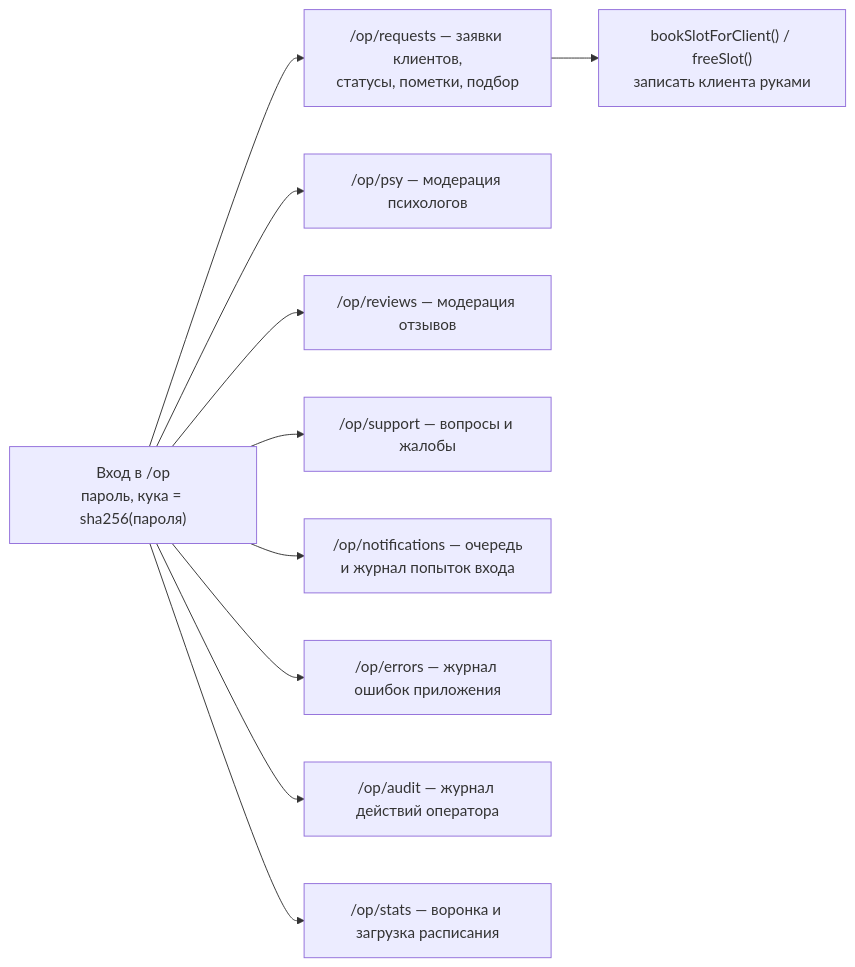
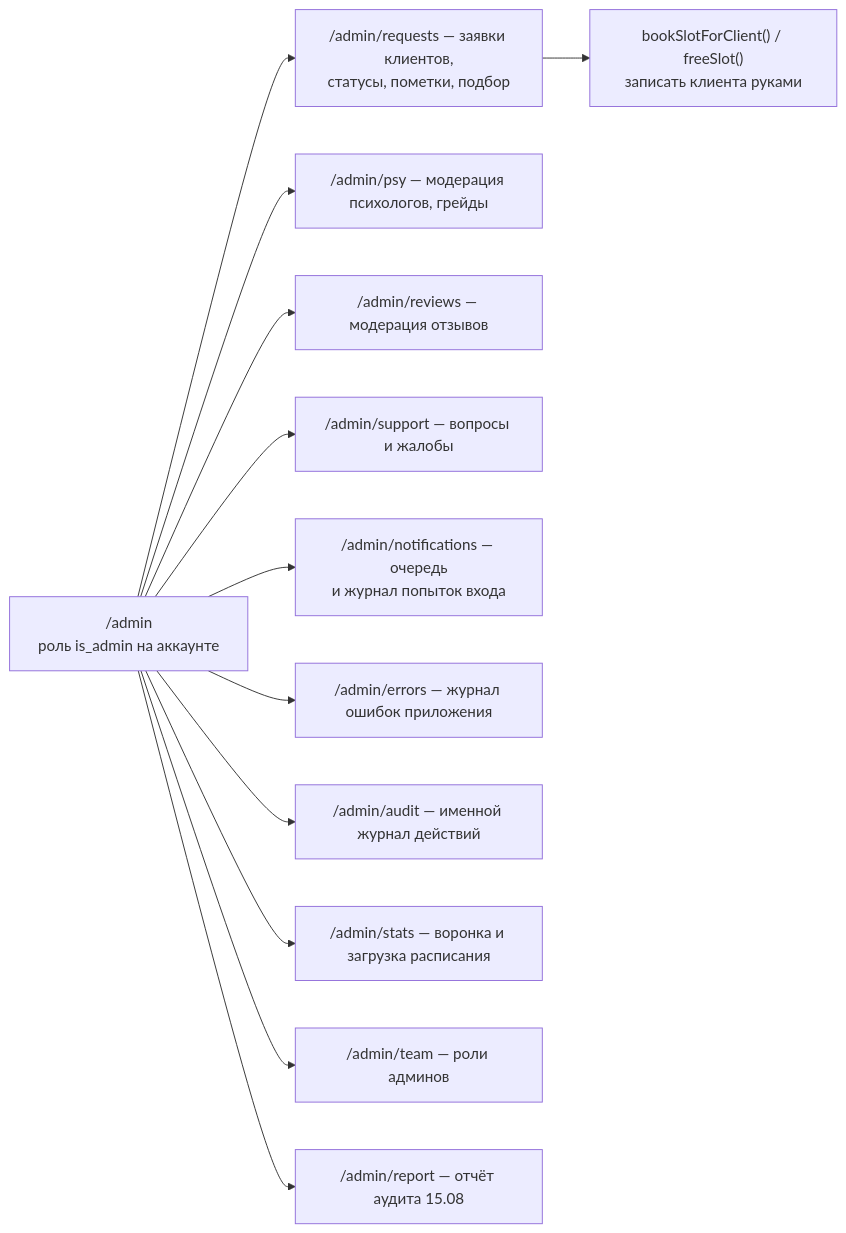
One commit to goosen-x/mipsy changed the fourth of 5 diagrams in docs/spec/flow.md. Above: the diagram before and after it, drawn with Mermaid. The commit also changed other lines of this file and 6 other files, not shown here.

````diff
--- a/docs/spec/flow.md
+++ b/docs/spec/flow.md
@@ -82,12 +86,14 @@
 ```mermaid
 flowchart LR
-  IN["Вход в /op<br/>пароль, кука = sha256(пароля)"] --> R["/op/requests — заявки клиентов,<br/>статусы, пометки, подбор"]
-  IN --> PSY["/op/psy — модерация психологов"]
-  IN --> RVW["/op/reviews — модерация отзывов"]
-  IN --> SUP["/op/support — вопросы и жалобы"]
-  IN --> NTF["/op/notifications — очередь<br/>и журнал попыток входа"]
-  IN --> ERR["/op/errors — журнал ошибок приложения"]
-  IN --> AUD["/op/audit — журнал действий оператора"]
-  IN --> ST["/op/stats — воронка и загрузка расписания"]
+  IN["/admin<br/>роль is_admin на аккаунте"] --> R["/admin/requests — заявки клиентов,<br/>статусы, пометки, подбор"]
+  IN --> PSY["/admin/psy — модерация психологов, грейды"]
+  IN --> RVW["/admin/reviews — модерация отзывов"]
+  IN --> SUP["/admin/support — вопросы и жалобы"]
+  IN --> NTF["/admin/notifications — очередь<br/>и журнал попыток входа"]
+  IN --> ERR["/admin/errors — журнал ошибок приложения"]
+  IN --> AUD["/admin/audit — именной журнал действий"]
+  IN --> ST["/admin/stats — воронка и загрузка расписания"]
+  IN --> TM["/admin/team — роли админов"]
+  IN --> RP["/admin/report — отчёт аудита 15.08"]
   R --> BSC["bookSlotForClient() / freeSlot()<br/>записать клиента руками"]
 ```
````
